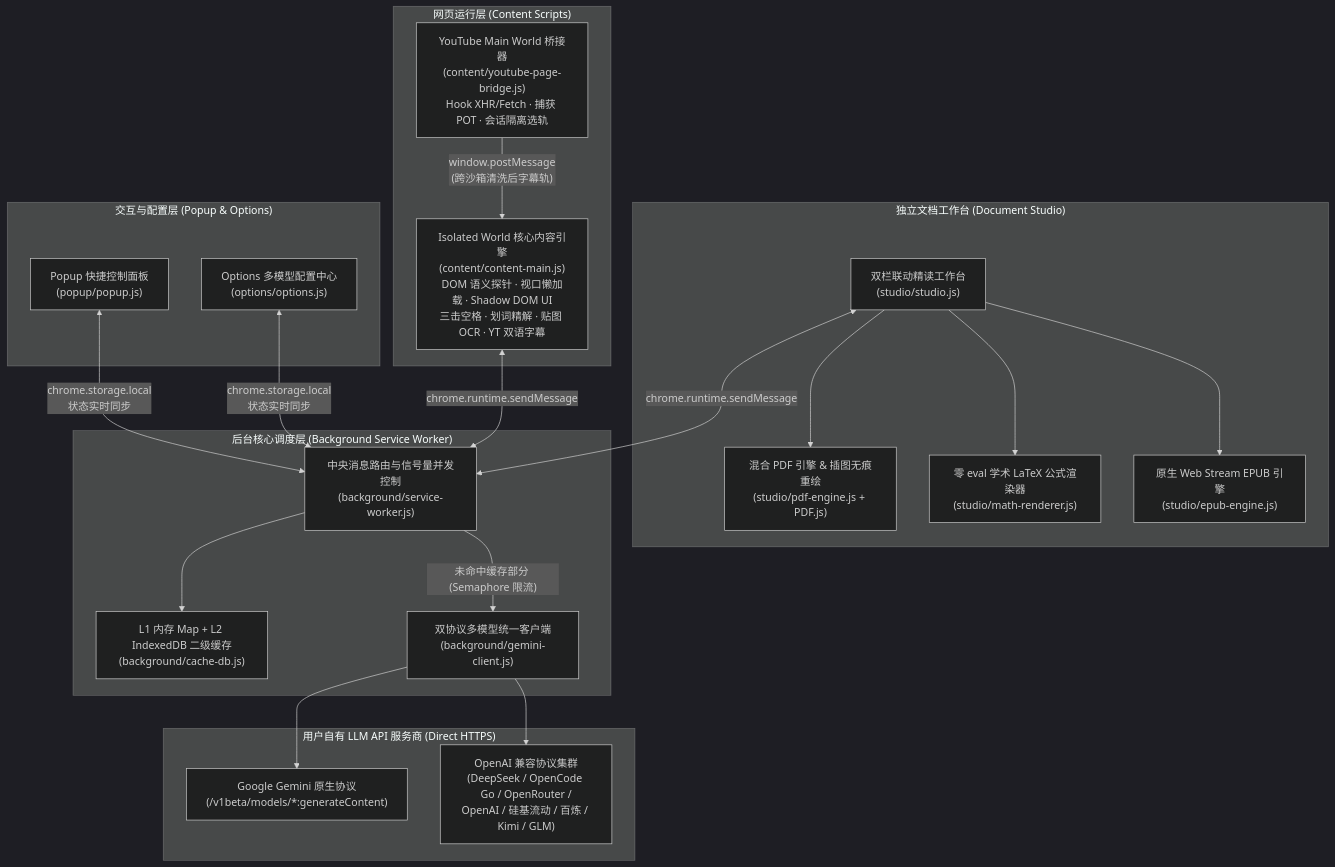
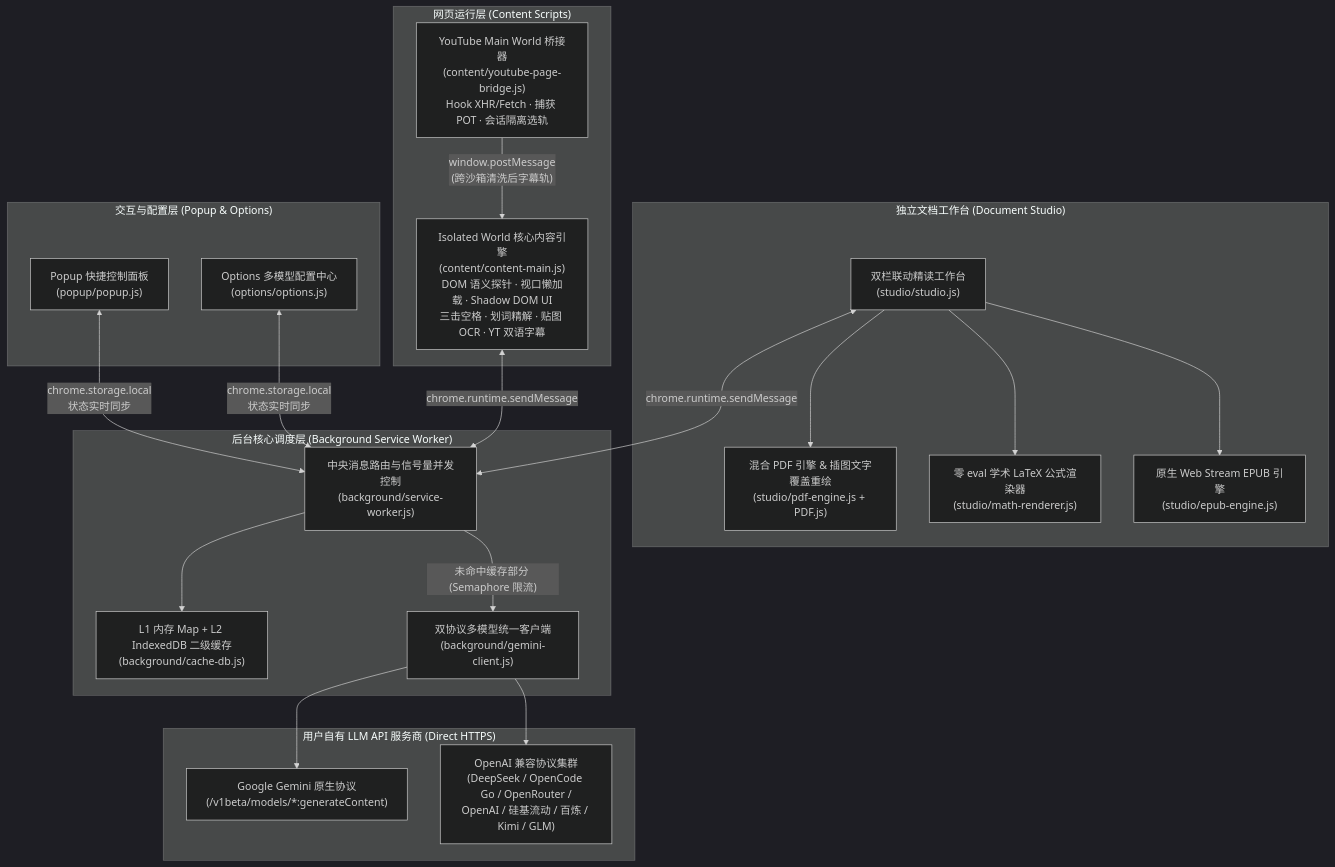
The diagram in README.md (dqrcsc/qingjian-translator), drawn with Mermaid (dark theme) before and after one commit. The commit also changed other lines of this file and 8 other files, not shown here.

````diff
--- a/README.md
+++ b/README.md
@@ -284,39 +296,39 @@
 ```mermaid
 flowchart TB
     subgraph UI["交互与配置层 (Popup & Options)"]
         Popup["Popup 快捷控制面板<br/>(popup/popup.js)"]
         Options["Options 多模型配置中心<br/>(options/options.js)"]
     end
 
     subgraph Page["网页运行层 (Content Scripts)"]
         MainBridge["YouTube Main World 桥接器<br/>(content/youtube-page-bridge.js)<br/>Hook XHR/Fetch · 捕获 POT · 会话隔离选轨"]
         ContentMain["Isolated World 核心内容引擎<br/>(content/content-main.js)<br/>DOM 语义探针 · 视口懒加载 · Shadow DOM UI<br/>三击空格 · 划词精解 · 贴图 OCR · YT 双语字幕"]
     end
 
     subgraph Studio["独立文档工作台 (Document Studio)"]
         StudioApp["双栏联动精读工作台<br/>(studio/studio.js)"]
-        PdfEngine["混合 PDF 引擎 & 插图无痕重绘<br/>(studio/pdf-engine.js + PDF.js)"]
+        PdfEngine["混合 PDF 引擎 & 插图文字覆盖重绘<br/>(studio/pdf-engine.js + PDF.js)"]
         MathEngine["零 eval 学术 LaTeX 公式渲染器<br/>(studio/math-renderer.js)"]
         EpubEngine["原生 Web Stream EPUB 引擎<br/>(studio/epub-engine.js)"]
     end
 
     subgraph BG["后台核心调度层 (Background Service Worker)"]
         SW["中央消息路由与信号量并发控制<br/>(background/service-worker.js)"]
         CacheDB["L1 内存 Map + L2 IndexedDB 二级缓存<br/>(background/cache-db.js)"]
         LLMClient["双协议多模型统一客户端<br/>(background/gemini-client.js)"]
     end
 
     subgraph Cloud["用户自有 LLM API 服务商 (Direct HTTPS)"]
         GeminiAPI["Google Gemini 原生协议<br/>(/v1beta/models/*:generateContent)"]
         OpenAIAPI["OpenAI 兼容协议集群<br/>(DeepSeek / OpenCode Go / OpenRouter /<br/>OpenAI / 硅基流动 / 百炼 / Kimi / GLM)"]
     end
 
     MainBridge -- "window.postMessage<br/>(跨沙箱清洗后字幕轨)" --> ContentMain
     Popup & Options <-- "chrome.storage.local<br/>状态实时同步" --> SW
     ContentMain <-- "chrome.runtime.sendMessage" --> SW
     StudioApp --> PdfEngine & MathEngine & EpubEngine
     StudioApp <-- "chrome.runtime.sendMessage" --> SW
     SW --> CacheDB
     SW -- "未命中缓存部分 (Semaphore 限流)" --> LLMClient
     LLMClient --> GeminiAPI & OpenAIAPI
 ```
````
